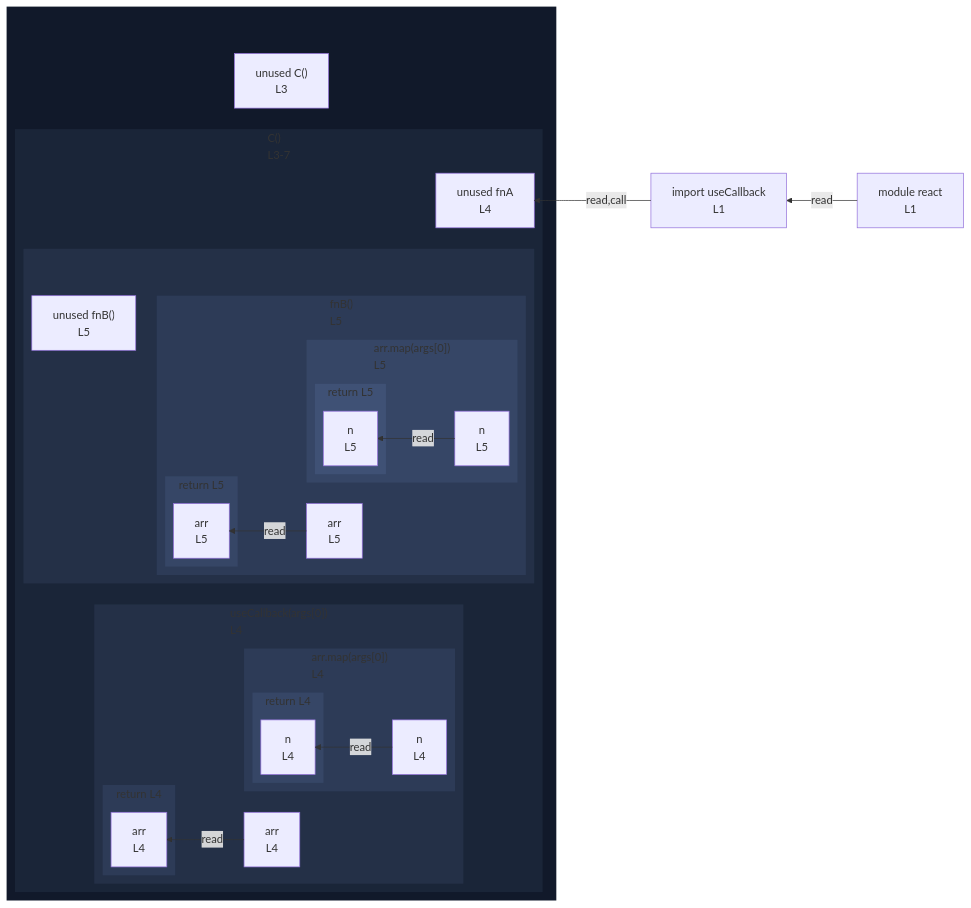
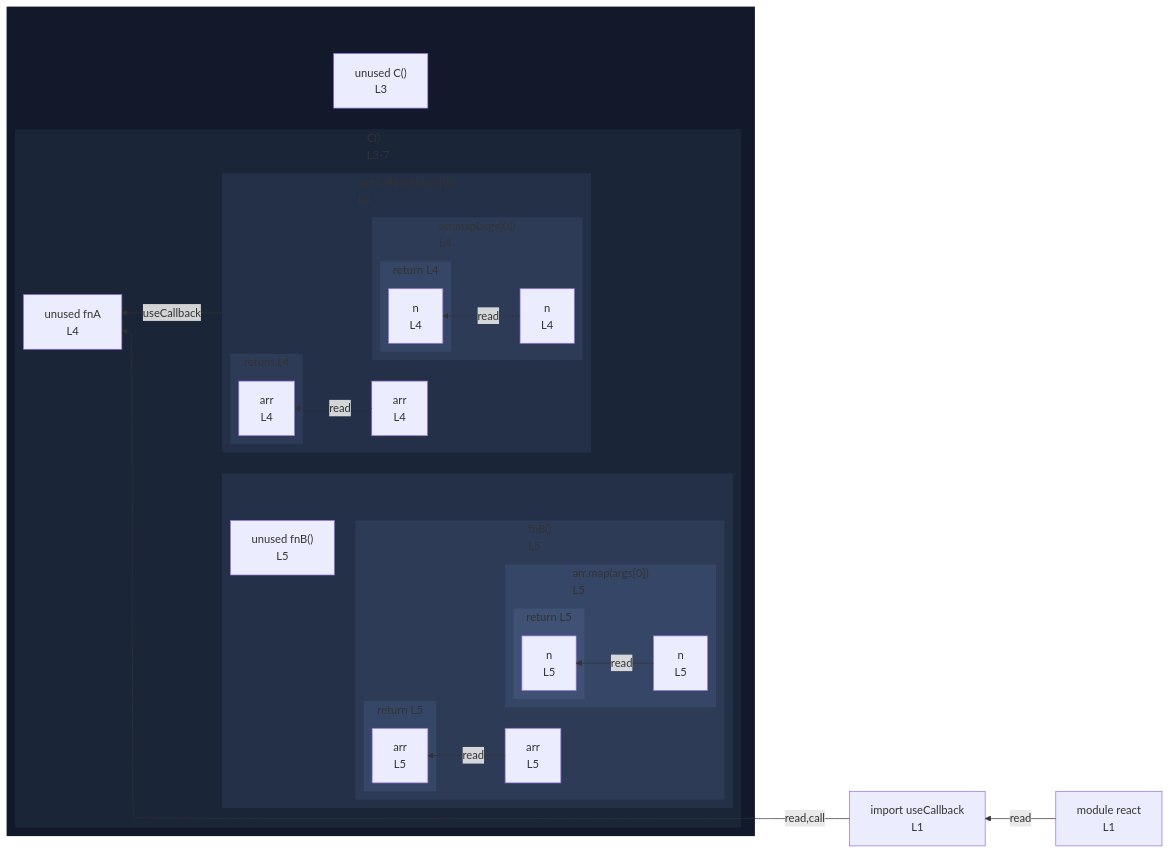
The diagram in integration/fixtures/jsx/use-callback/preview.md (crescware/unsnarl), drawn with Mermaid before and after one commit. The commit also changed 41 other files, not shown here.

````diff
--- a/integration/fixtures/jsx/use-callback/preview.md
+++ b/integration/fixtures/jsx/use-callback/preview.md
@@ -17,73 +17,74 @@
 ```mermaid
 %%{init: {"flowchart": {"defaultRenderer": "elk"}}}%%
 flowchart RL
   n_scope_0_useCallback_9["import useCallback<br/>L1"]
   subgraph wrap_s_scope_1[" "]
     direction TB
     n_scope_0_C_44["unused C()<br/>L3"]
     subgraph s_scope_1["C()<br/>L3-7"]
       direction RL
       n_scope_1_fnA_64["unused fnA<br/>L4"]
       subgraph s_scope_2["useCallback(args[0])<br/>L4"]
         direction RL
         n_scope_2_arr_83["arr<br/>L4"]
         subgraph s_scope_3["arr.map(args[0])<br/>L4"]
           direction RL
           n_scope_3_n_110["n<br/>L4"]
           subgraph s_return_scope_0_C_44_116_121["return L4"]
             direction RL
             ret_use_ref_4["n<br/>L4"]
           end
         end
         subgraph s_return_scope_0_C_44_101_122["return L4"]
           direction RL
           ret_use_ref_3["arr<br/>L4"]
         end
       end
       subgraph wrap_s_scope_4[" "]
         direction TB
         n_scope_1_fnB_137["unused fnB()<br/>L5"]
         subgraph s_scope_4["fnB()<br/>L5"]
           direction RL
           n_scope_4_arr_144["arr<br/>L5"]
           subgraph s_scope_5["arr.map(args[0])<br/>L5"]
             direction RL
             n_scope_5_n_171["n<br/>L5"]
             subgraph s_return_scope_1_fnB_137_177_182["return L5"]
               direction RL
               ret_use_ref_7["n<br/>L5"]
             end
           end
           subgraph s_return_scope_1_fnB_137_162_183["return L5"]
             direction RL
             ret_use_ref_6["arr<br/>L5"]
           end
         end
       end
     end
   end
   n_scope_0_useCallback_9 -->|read,call| n_scope_1_fnA_64
   n_scope_2_arr_83 -->|read| ret_use_ref_3
   n_scope_3_n_110 -->|read| ret_use_ref_4
   n_scope_4_arr_144 -->|read| ret_use_ref_6
   n_scope_5_n_171 -->|read| ret_use_ref_7
+  s_scope_2 -->|useCallback| n_scope_1_fnA_64
   mod_react["module react<br/>L1"]
   mod_react -->|read| n_scope_0_useCallback_9
   classDef nestL1 fill:#11192a,stroke:transparent;
   class wrap_s_scope_1 nestL1;
   classDef nestL2 fill:#1a2538,stroke:transparent;
   class s_scope_1 nestL2;
   classDef nestL3 fill:#243047,stroke:transparent;
   class s_scope_2 nestL3;
   class wrap_s_scope_4 nestL3;
   classDef nestL4 fill:#2d3b57,stroke:transparent;
   class s_scope_3 nestL4;
   class s_return_scope_0_C_44_101_122 nestL4;
   class s_scope_4 nestL4;
   classDef nestL5 fill:#364666,stroke:transparent;
   class s_return_scope_0_C_44_116_121 nestL5;
   class s_scope_5 nestL5;
   class s_return_scope_1_fnB_137_162_183 nestL5;
   classDef nestL6 fill:#3f5175,stroke:transparent;
   class s_return_scope_1_fnB_137_177_182 nestL6;
 ```
````
